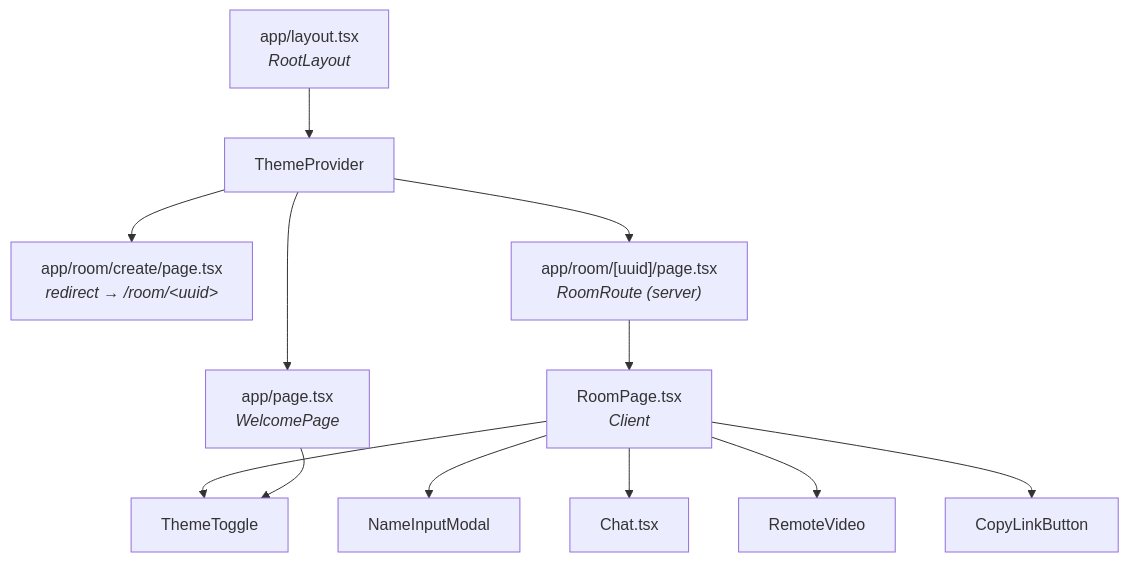
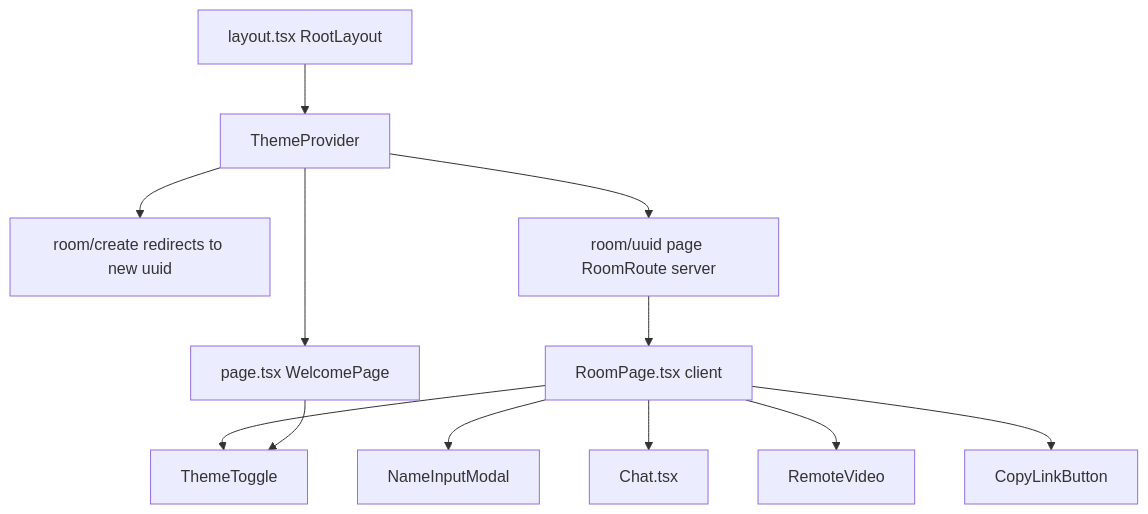
One commit to subhm2004/NexusRTC-Real-Time-Multi-Peer-Communication changed the third of 11 diagrams in README.md. Above: the diagram before and after it, drawn with Mermaid. The commit also changed other lines of this file, not shown here.

````diff
--- a/README.md
+++ b/README.md
@@ -217,26 +217,26 @@
 ```mermaid
 flowchart TB
-  Layout["app/layout.tsx<br/><i>RootLayout</i>"]
+  Layout["layout.tsx RootLayout"]
   Theme["ThemeProvider"]
-  Welcome["app/page.tsx<br/><i>WelcomePage</i>"]
-  Create["app/room/create/page.tsx<br/><i>redirect → /room/&lt;uuid&gt;</i>"]
-  RoomRoute["app/room/[uuid]/page.tsx<br/><i>RoomRoute (server)</i>"]
-  RoomPage["RoomPage.tsx<br/><i>Client</i>"]
+  Welcome["page.tsx WelcomePage"]
+  Create["room/create redirects to new uuid"]
+  RoomRoute["room/uuid page RoomRoute server"]
+  RoomPage["RoomPage.tsx client"]
   NameModal["NameInputModal"]
   Chat["Chat.tsx"]
   RemoteVideo["RemoteVideo"]
   CopyBtn["CopyLinkButton"]
   ThemeToggle["ThemeToggle"]
 
   Layout --> Theme
   Theme --> Welcome
   Theme --> Create
   Theme --> RoomRoute
   RoomRoute --> RoomPage
   RoomPage --> NameModal
   RoomPage --> Chat
   RoomPage --> RemoteVideo
   RoomPage --> CopyBtn
   RoomPage --> ThemeToggle
   Welcome --> ThemeToggle
 ```
````
